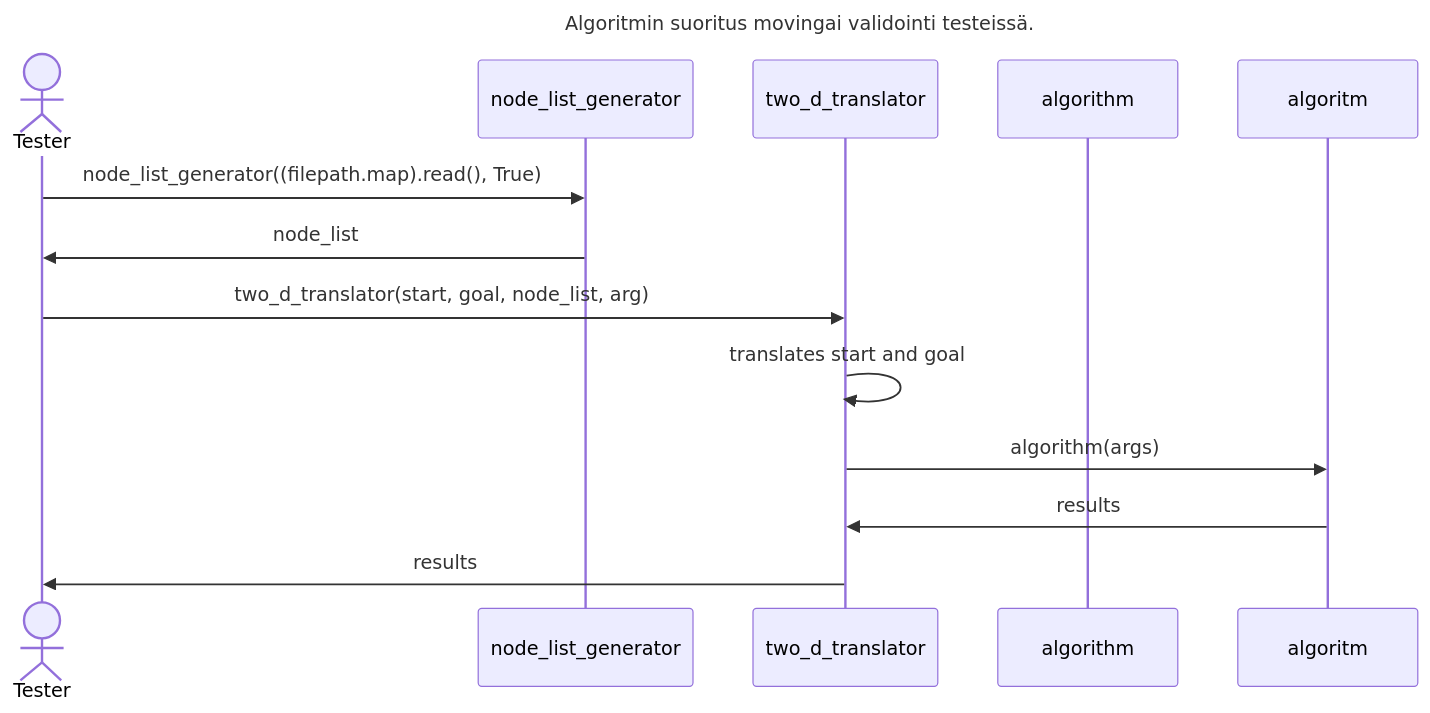
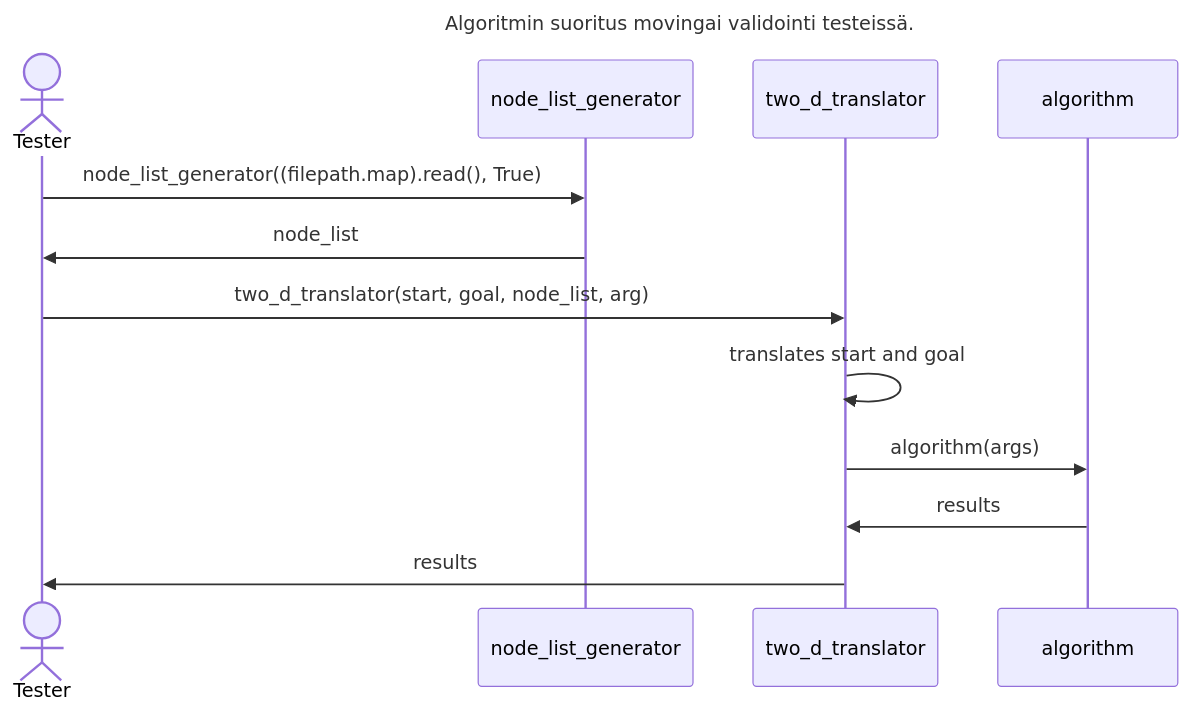
One commit to levitesuo/algoritmit-harjoitustyo changed the third of 3 diagrams in dokumentaatio/Toteutusdokumentti.md. Above: the diagram before and after it, drawn with Mermaid. The commit also changed other lines of this file, not shown here.

Commit message:
Fixed mistke in seuquence diagrams

````diff
--- a/dokumentaatio/Toteutusdokumentti.md
+++ b/dokumentaatio/Toteutusdokumentti.md
@@ -135,14 +135,14 @@
 ```mermaid
 sequenceDiagram title Algoritmin suoritus movingai validointi testeissä.
   actor Tester
   participant node_list_generator
   participant two_d_translator
   participant algorithm
   Tester->>node_list_generator:node_list_generator((filepath.map).read(), True)
   node_list_generator->>Tester:node_list
   Tester->>two_d_translator:two_d_translator(start, goal, node_list, arg)
   two_d_translator->>two_d_translator:translates start and goal
-  two_d_translator->>algoritm:algorithm(args)
-  algoritm->>two_d_translator:results
+  two_d_translator->>algorithm:algorithm(args)
+  algorithm->>two_d_translator:results
   two_d_translator->>Tester:results
 ```
````
